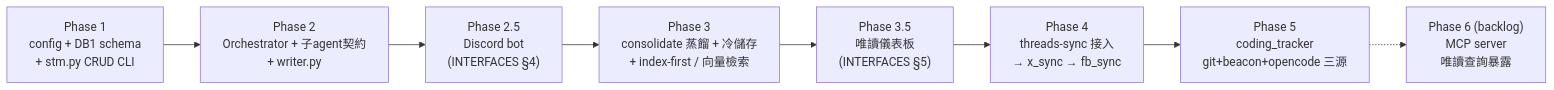
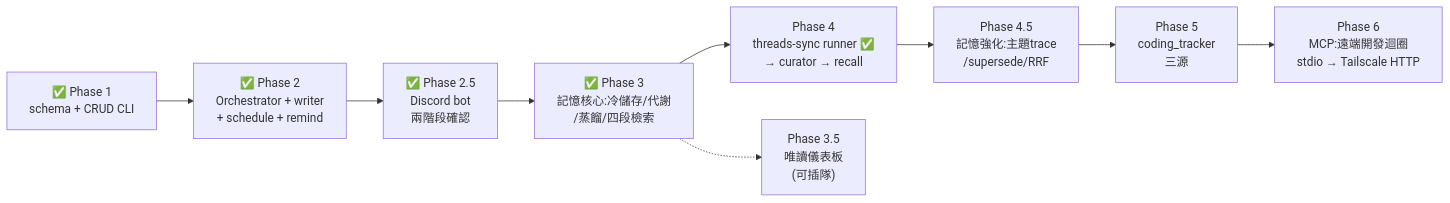
Diagram 12 of 12 in ARCHITECTURE.md (Deo940712/personal-agent-Metatron), drawn with Mermaid before and after one commit. The commit also changed other lines of this file and 2 other files, not shown here.

Commit message:
docs: complete architecture sync — 8-table DDL (pending+directives), real directory tree with status marks, agent roster with status, phase gates progress, MCP dev-loop in INTERFACES, AGENTS.md current state

````diff
--- a/ARCHITECTURE.md
+++ b/ARCHITECTURE.md
@@ -723,4 +770,5 @@
 ```mermaid
 flowchart LR
-    P1["Phase 1<br/>config + DB1 schema<br/>+ stm.py CRUD CLI"] --> P2["Phase 2<br/>Orchestrator + 子agent契約<br/>+ writer.py"] --> P25["Phase 2.5<br/>Discord bot<br/>(INTERFACES §4)"] --> P3["Phase 3<br/>consolidate 蒸餾 + 冷儲存<br/>+ index-first / 向量檢索"] --> P35["Phase 3.5<br/>唯讀儀表板<br/>(INTERFACES §5)"] --> P4["Phase 4<br/>threads-sync 接入<br/>→ x_sync → fb_sync"] --> P5["Phase 5<br/>coding_tracker<br/>git+beacon+opencode 三源"] -.-> P6["Phase 6 (backlog)<br/>MCP server<br/>唯讀查詢暴露"]
+    P1["✅ Phase 1<br/>schema + CRUD CLI"] --> P2["✅ Phase 2<br/>Orchestrator + writer<br/>+ schedule + remind"] --> P25["✅ Phase 2.5<br/>Discord bot<br/>兩階段確認"] --> P3["✅ Phase 3<br/>記憶核心:冷儲存/代謝<br/>/蒸餾/四段檢索"] --> P4["Phase 4<br/>threads-sync runner ✅<br/>→ curator → recall"] --> P45["Phase 4.5<br/>記憶強化:主題trace<br/>/supersede/RRF"] --> P5["Phase 5<br/>coding_tracker<br/>三源"] --> P6["Phase 6<br/>MCP:遠端開發迴圈<br/>stdio → Tailscale HTTP"]
+    P3 -.-> P35["Phase 3.5<br/>唯讀儀表板<br/>(可插隊)"]
 ```
````
